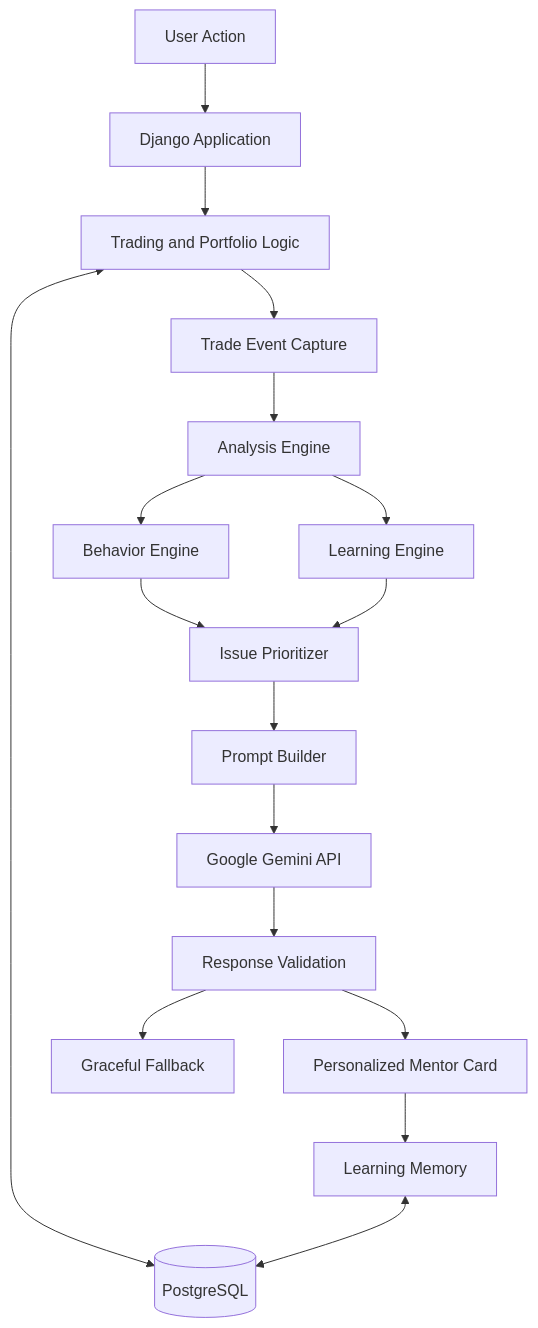
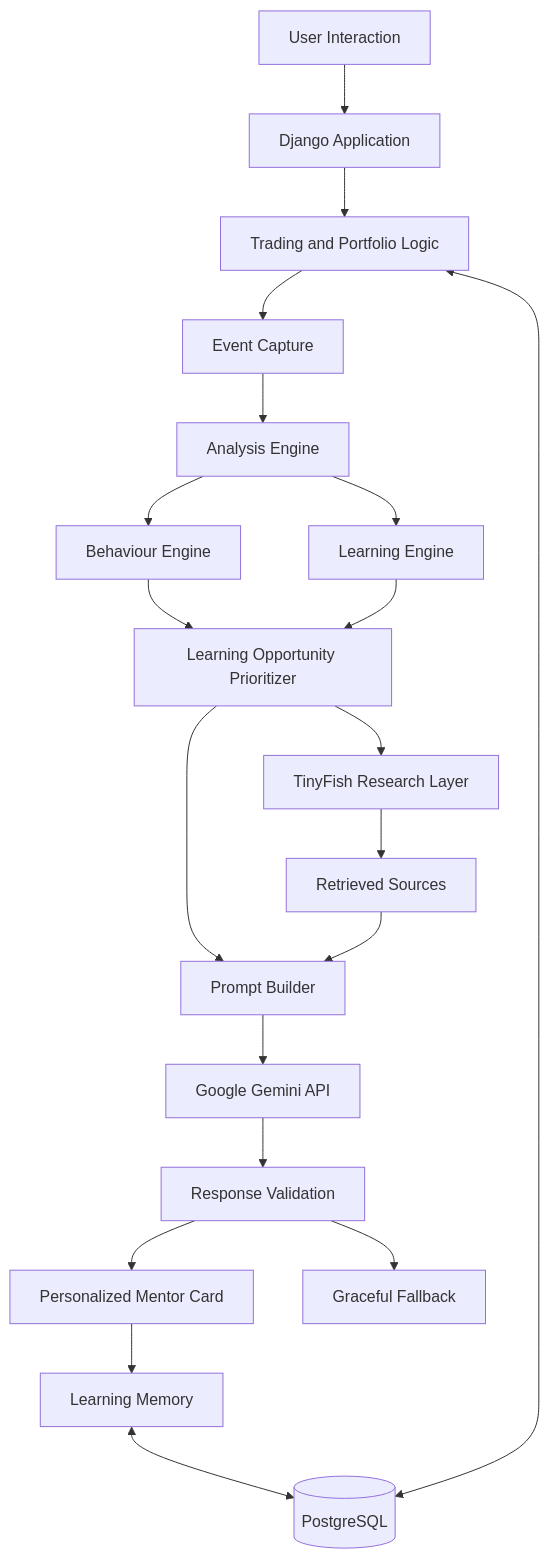
One commit to InderjotSingh17/Dalal-Street-AI changed the second of 2 diagrams in README.md. Above: the diagram before and after it, drawn with Mermaid. The commit also changed other lines of this file, not shown here.

````diff
--- a/README.md
+++ b/README.md
@@ -112,19 +189,40 @@
 ```mermaid
 flowchart TD
-    A[User Action] --> B[Django Application]
-    B --> C[Trading and Portfolio Logic]
-    C --> D[Trade Event Capture]
-    D --> E[Analysis Engine]
-    E --> F[Behavior Engine]
-    E --> G[Learning Engine]
-    F --> H[Issue Prioritizer]
+    A[User Interaction]
+    B[Django Application]
+    C[Trading and Portfolio Logic]
+    D[Event Capture]
+    E[Analysis Engine]
+    F[Behaviour Engine]
+    G[Learning Engine]
+    H[Learning Opportunity Prioritizer]
+    I[TinyFish Research Layer]
+    J[Retrieved Sources]
+    K[Prompt Builder]
+    L[Google Gemini API]
+    M[Response Validation]
+    N[Personalized Mentor Card]
+    O[Learning Memory]
+    P[(PostgreSQL)]
+    Q[Graceful Fallback]
+
+    A --> B
+    B --> C
+    C --> D
+    D --> E
+    E --> F
+    E --> G
+    F --> H
     G --> H
-    H --> I[Prompt Builder]
-    I --> J[Google Gemini API]
-    J --> K[Response Validation]
-    K --> L[Personalized Mentor Card]
-    L --> M[Learning Memory]
-    C <--> N[(PostgreSQL)]
-    M <--> N
-    K --> O[Graceful Fallback]
+    H --> I
+    I --> J
+    H --> K
+    J --> K
+    K --> L
+    L --> M
+    M --> N
+    N --> O
+    O <--> P
+    C <--> P
+    M --> Q
 ```
````
